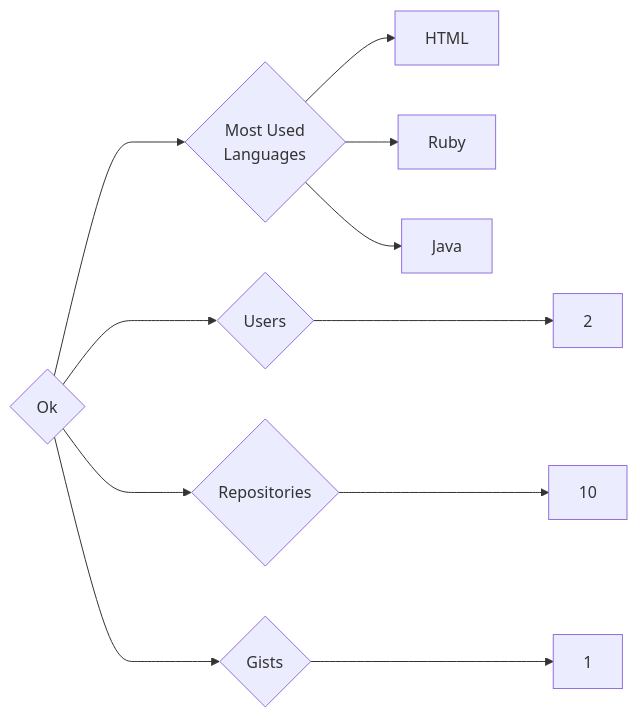
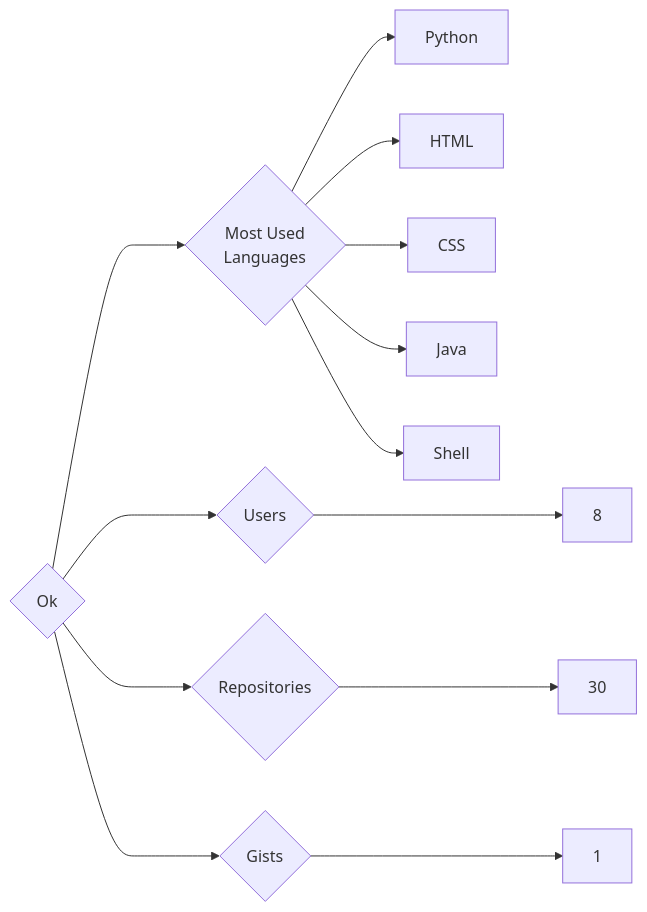
Before and after one commit to trickest/insiders: the diagram in targets/Ok/README.md, drawn with Mermaid. The commit also changed 878 other files, not shown here.

````diff
--- a/targets/Ok/README.md
+++ b/targets/Ok/README.md
@@ -3,11 +3,13 @@
 ```mermaid
 graph LR
 COMPANY_NAME{Ok}
-COMPANY_NAME ---> U{Users} ---> UN[2]
-COMPANY_NAME ---> R{Repositories} ---> RN[10]
+COMPANY_NAME ---> U{Users} ---> UN[8]
+COMPANY_NAME ---> R{Repositories} ---> RN[30]
 COMPANY_NAME ---> G{Gists} ---> GN[1]
 COMPANY_NAME ---> ML{Most Used<br>Languages}
+ML --> Python[Python]
 ML --> HTML[HTML]
-ML --> Ruby[Ruby]
+ML --> CSS[CSS]
 ML --> Java[Java]
+ML --> Shell[Shell]
 ```
````
